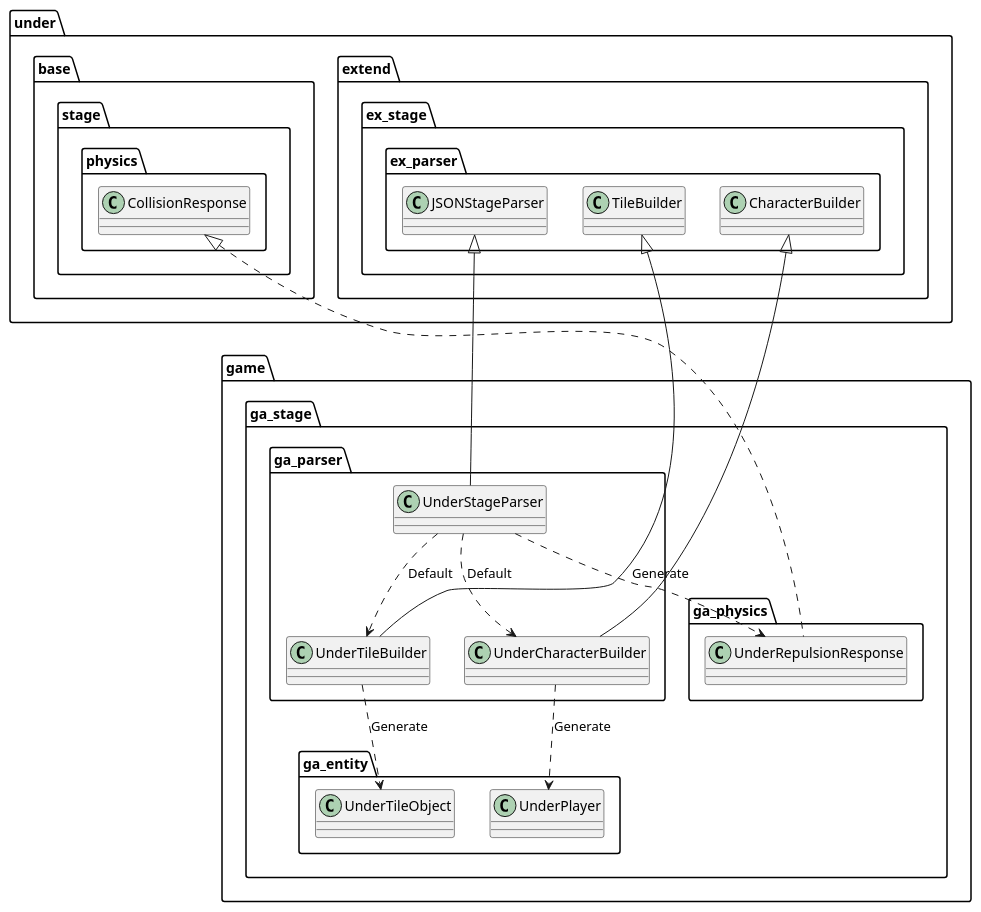
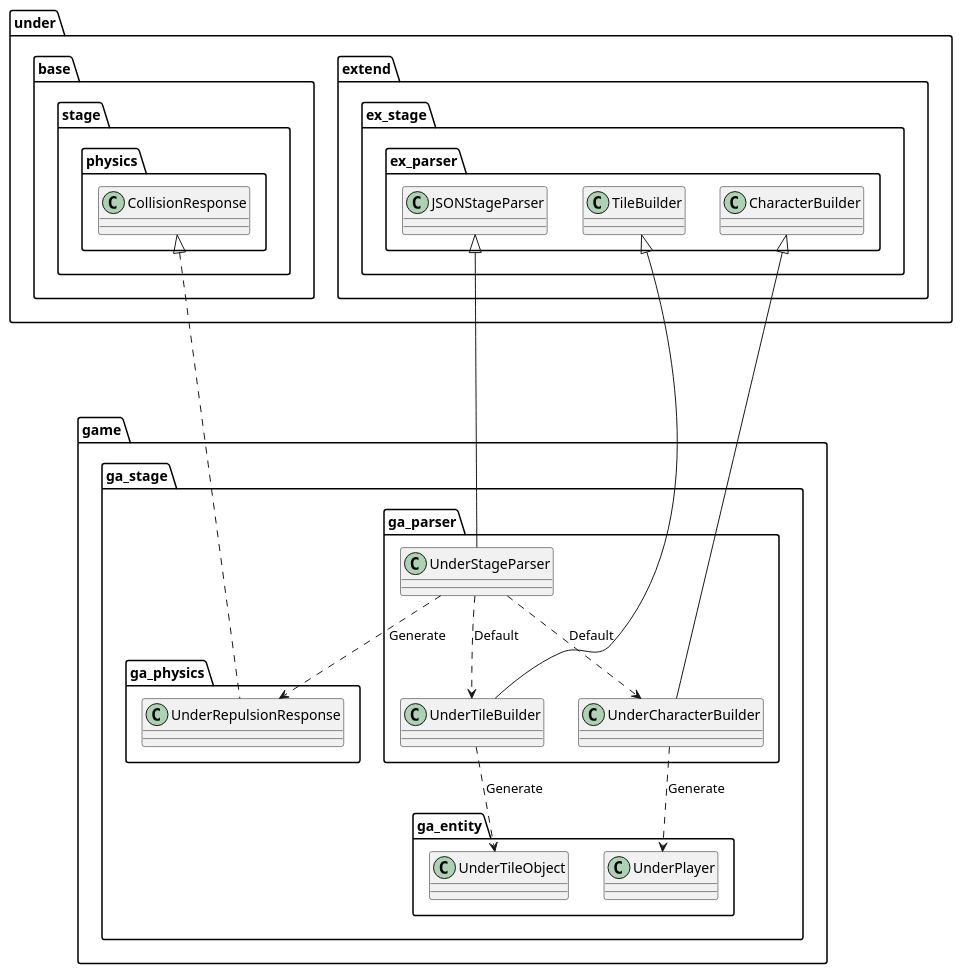
One commit to Expine/Under changed the diagram in uml/stage/Game.wsd. Above: the diagram before and after it, drawn with PlantUML. The commit also changed 25 other files, not shown here.

```diff
--- a/uml/stage/Game.wsd
+++ b/uml/stage/Game.wsd
@@ -1,56 +1,56 @@
 @startuml StageGame
 
 package game {
     package ga_stage {
         package ga_parser {
             class UnderStageParser
             class UnderTileBuilder
             class UnderCharacterBuilder
         }
 
         package ga_physics {
             class UnderRepulsionResponse
         }
     }
 }
 
 package game {
     package ga_stage {
         package ga_entity {
             class UnderTileObject
             class UnderPlayer
         }
     }
 }
 
 package under {
     package base {
         package stage {
             package physics {
                 class CollisionResponse
             }
         }
     }
     package extend {
         package ex_stage {
             package ex_parser {
                 class JSONStageParser
                 class TileBuilder
                 class CharacterBuilder
             }
         }
     }
 }
 
 UnderStageParser ..> UnderTileBuilder : "Default"
 UnderStageParser ..> UnderCharacterBuilder : "Default"
 UnderStageParser ..> UnderRepulsionResponse : "Generate"
 UnderTileBuilder ..> UnderTileObject : Generate
 UnderCharacterBuilder ..> UnderPlayer : Generate
 
 JSONStageParser <|-- UnderStageParser
 TileBuilder <|-- UnderTileBuilder
 CharacterBuilder <|-- UnderCharacterBuilder
-CollisionResponse <|.. UnderRepulsionResponse
+CollisionResponse <|.... UnderRepulsionResponse
 
 @enduml
```
